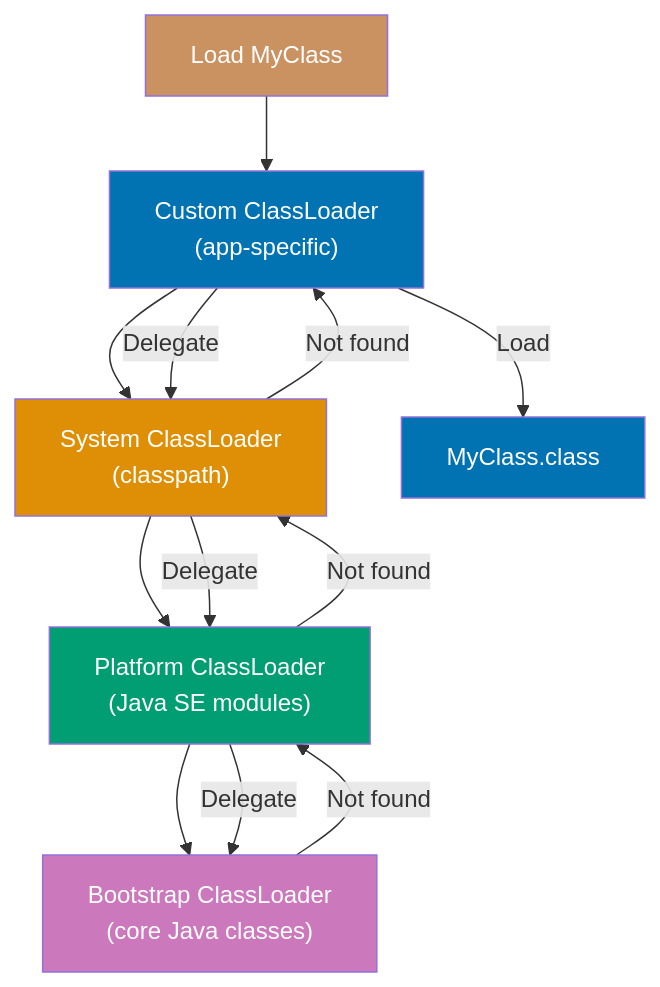
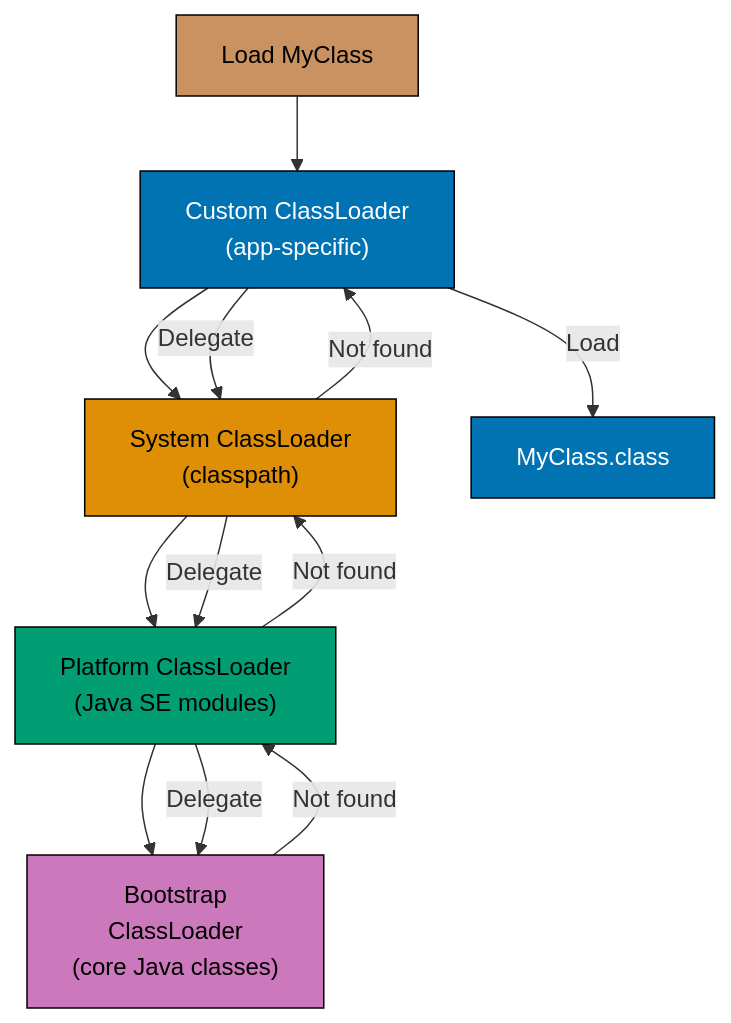
The ninth of 13 diagrams in apps/ayokoding-www/content/en/learn/legacy/software-engineering/programming-languages/java/by-example/advanced.md (wahidyankf/ose-public), drawn with Mermaid before and after one commit. The commit also changed other lines of this file and 112 other files, not shown here.

First line of the commit message:
fix(mermaid): bring the legacy programming-languages diagrams onto the accessible palette

````diff
--- a/apps/ayokoding-www/content/en/learn/legacy/software-engineering/programming-languages/java/by-example/advanced.md
+++ b/apps/ayokoding-www/content/en/learn/legacy/software-engineering/programming-languages/java/by-example/advanced.md
@@ -3441,23 +3493,31 @@
 ```mermaid
 %% Color Palette: Blue #0173B2, Orange #DE8F05, Teal #029E73, Purple #CC78BC, Brown #CA9161
 graph TD
+    accTitle: Example 82: Immutability Patterns
+    accDescr: Graph with 6 nodes and 11 connections. Nodes: Custom ClassLoader (app-specific), System ClassLoader (classpath), Platform ClassLoader (Java SE modules), Bootstrap ClassLoader (core Java classes), Load MyClass, MyClass.class. Connections: Custom ClassLoader (app-specific) to System ClassLoader (classpath), System ClassLoader (classpath) to Platform ClassLoader (Java SE modules), Platform ClassLoader (Java SE modules) to Bootstrap ClassLoader (core Java classes), Load MyClass to Custom ClassLoader (app-specific), Custom ClassLoader (app-specific) to System ClassLoader (classpath) (Delegate), System ClassLoader (classpath) to Platform ClassLoader (Java SE modules) (Delegate), Platform ClassLoader (Java SE modules) to Bootstrap ClassLoader (core Java classes) (Delegate), Bootstrap ClassLoader (core Java classes) to Platform ClassLoader (Java SE modules) (Not found), Platform ClassLoader (Java SE modules) to System ClassLoader (classpath) (Not found), System ClassLoader (classpath) to Custom ClassLoader (app-specific) (Not found), Custom ClassLoader (app-specific) to MyClass.class (Load).
     Custom["Custom ClassLoader<br/>(app-specific)"] --> System["System ClassLoader<br/>(classpath)"]
     System --> Platform["Platform ClassLoader<br/>(Java SE modules)"]
-    Platform --> Bootstrap["Bootstrap ClassLoader<br/>(core Java classes)"]
+    Platform --> Bootstrap["Bootstrap<br/>ClassLoader<br/>(core Java classes)"]
 
     Request["Load MyClass"] --> Custom
     Custom -->|Delegate| System
     System -->|Delegate| Platform
     Platform -->|Delegate| Bootstrap
     Bootstrap -->|Not found| Platform
     Platform -->|Not found| System
     System -->|Not found| Custom
     Custom -->|Load| MyClass["MyClass.class"]
 
-    style Custom fill:#0173B2,color:#fff
-    style System fill:#DE8F05,color:#fff
-    style Platform fill:#029E73,color:#fff
-    style Bootstrap fill:#CC78BC,color:#fff
-    style Request fill:#CA9161,color:#fff
-    style MyClass fill:#0173B2,color:#fff
+    classDef pal-0173B2 fill:#0173B2,stroke:#000000,color:#FFFFFF
+    class Custom pal-0173B2
+    classDef pal-DE8F05 fill:#DE8F05,stroke:#000000,color:#000000
+    class System pal-DE8F05
+    classDef pal-029E73 fill:#029E73,stroke:#000000,color:#000000
+    class Platform pal-029E73
+    classDef pal-CC78BC fill:#CC78BC,stroke:#000000,color:#000000
+    class Bootstrap pal-CC78BC
+    classDef pal-CA9161 fill:#CA9161,stroke:#000000,color:#000000
+    class Request pal-CA9161
+    class MyClass pal-0173B2
+    classDef default fill:#FFFFFF,stroke:#000000,color:#000000
 ```
````
